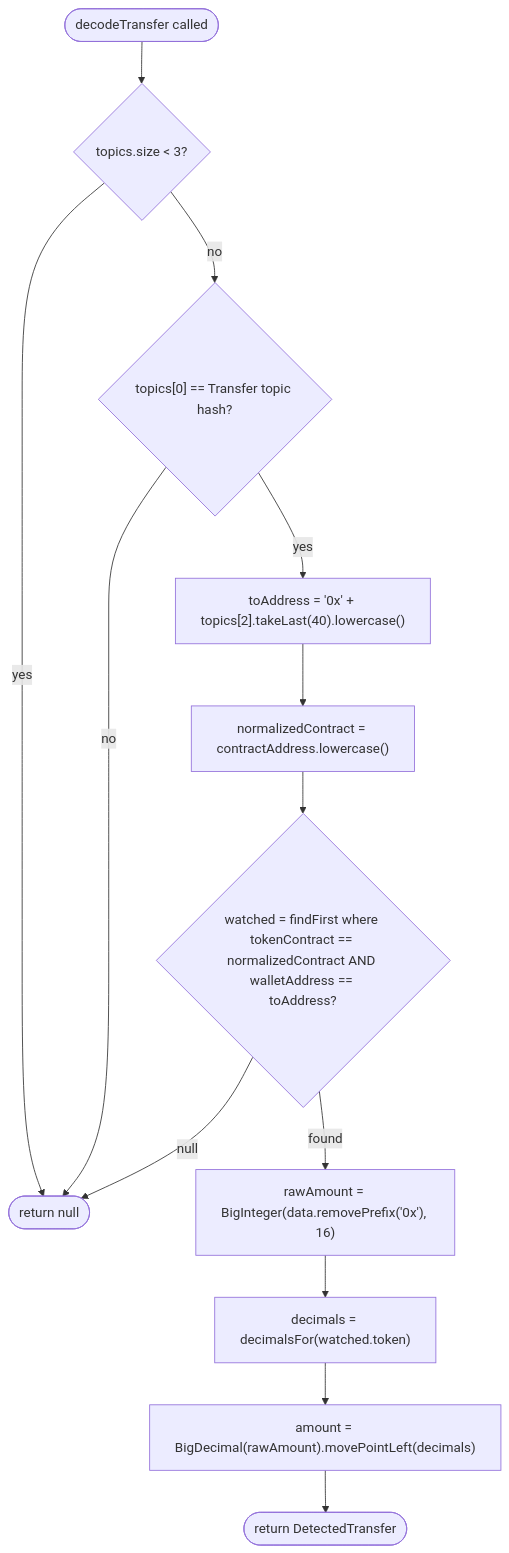
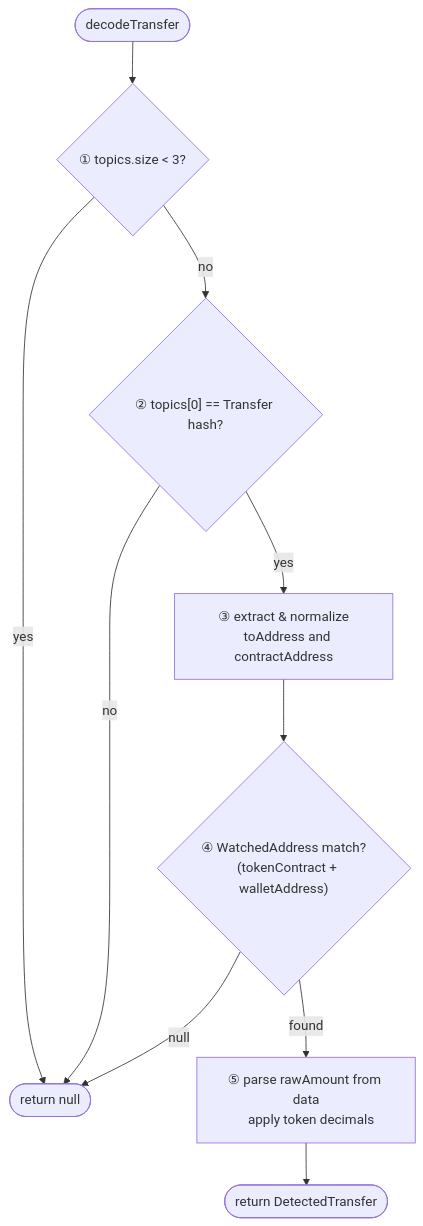
The fourth of 4 diagrams in docs/evm-chain-reader.md (idem-finance/idem), drawn with Mermaid before and after one commit. The commit also changed other lines of this file and 2 other files, not shown here.

````diff
--- a/docs/evm-chain-reader.md
+++ b/docs/evm-chain-reader.md
@@ -183,15 +173,12 @@
 ```mermaid
 flowchart TD
-    A([decodeTransfer called]) --> B{topics.size < 3?}
+    A([decodeTransfer]) --> B{"① topics.size < 3?"}
     B -- yes --> SKIP([return null])
-    B -- no --> C{"topics[0] == Transfer topic hash?"}
+    B -- no --> C{"② topics[0] == Transfer hash?"}
     C -- no --> SKIP
-    C -- yes --> D["toAddress = '0x' + topics[2].takeLast(40).lowercase()"]
-    D --> E["normalizedContract = contractAddress.lowercase()"]
-    E --> F{"watched = findFirst where tokenContract == normalizedContract AND walletAddress == toAddress?"}
-    F -- null --> SKIP
-    F -- found --> G["rawAmount = BigInteger(data.removePrefix('0x'), 16)"]
-    G --> H["decimals = decimalsFor(watched.token)"]
-    H --> I["amount = BigDecimal(rawAmount).movePointLeft(decimals)"]
-    I --> J([return DetectedTransfer])
+    C -- yes --> D["③ extract & normalize\n   toAddress and contractAddress"]
+    D --> E{"④ WatchedAddress match?\n   (tokenContract + walletAddress)"}
+    E -- null --> SKIP
+    E -- found --> F["⑤ parse rawAmount from data\n   apply token decimals"]
+    F --> G([return DetectedTransfer])
 ```
````
